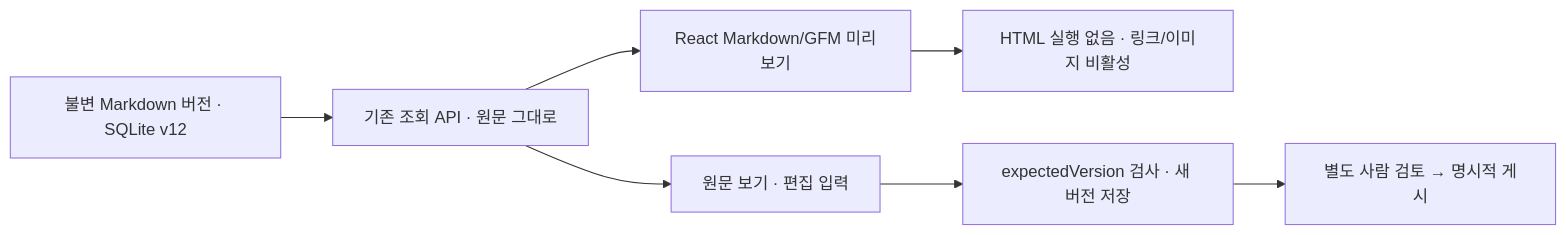
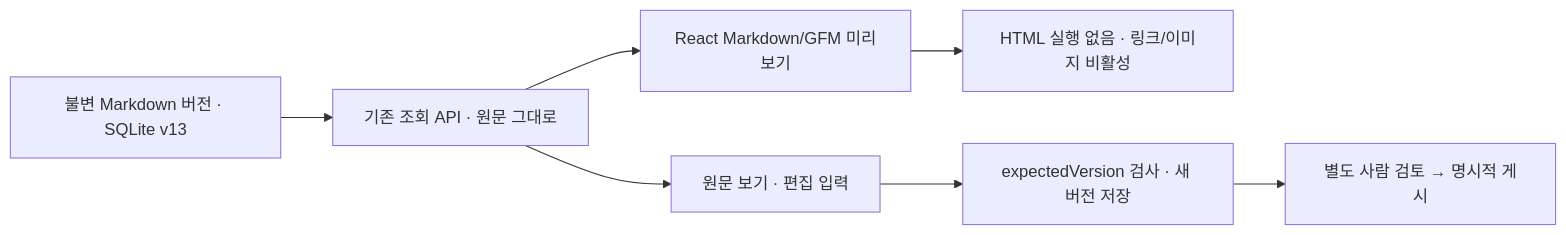
One commit to thisisnew/dougle changed the seventh of 7 diagrams in docs/design-map.md. Above: the diagram before and after it, drawn with Mermaid. The commit also changed other lines of this file and 27 other files, not shown here.

````diff
--- a/docs/design-map.md
+++ b/docs/design-map.md
@@ -263,9 +263,9 @@
 ```mermaid
 flowchart LR
-  Version["불변 Markdown 버전 · SQLite v12"] --> API["기존 조회 API · 원문 그대로"]
+  Version["불변 Markdown 버전 · SQLite v13"] --> API["기존 조회 API · 원문 그대로"]
   API --> Preview["React Markdown/GFM 미리보기"]
   API --> Raw["원문 보기 · 편집 입력"]
   Preview --> Safe["HTML 실행 없음 · 링크/이미지 비활성"]
   Raw --> Save["expectedVersion 검사 · 새 버전 저장"]
   Save --> Review["별도 사람 검토 → 명시적 게시"]
 ```
````
